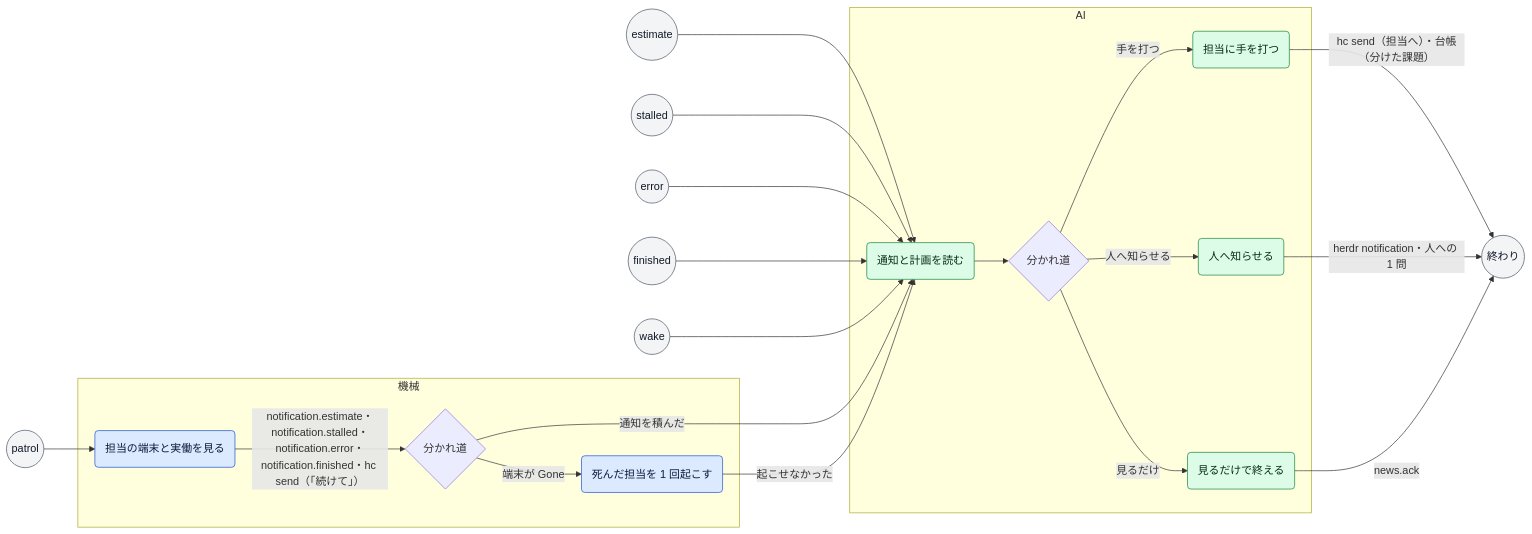
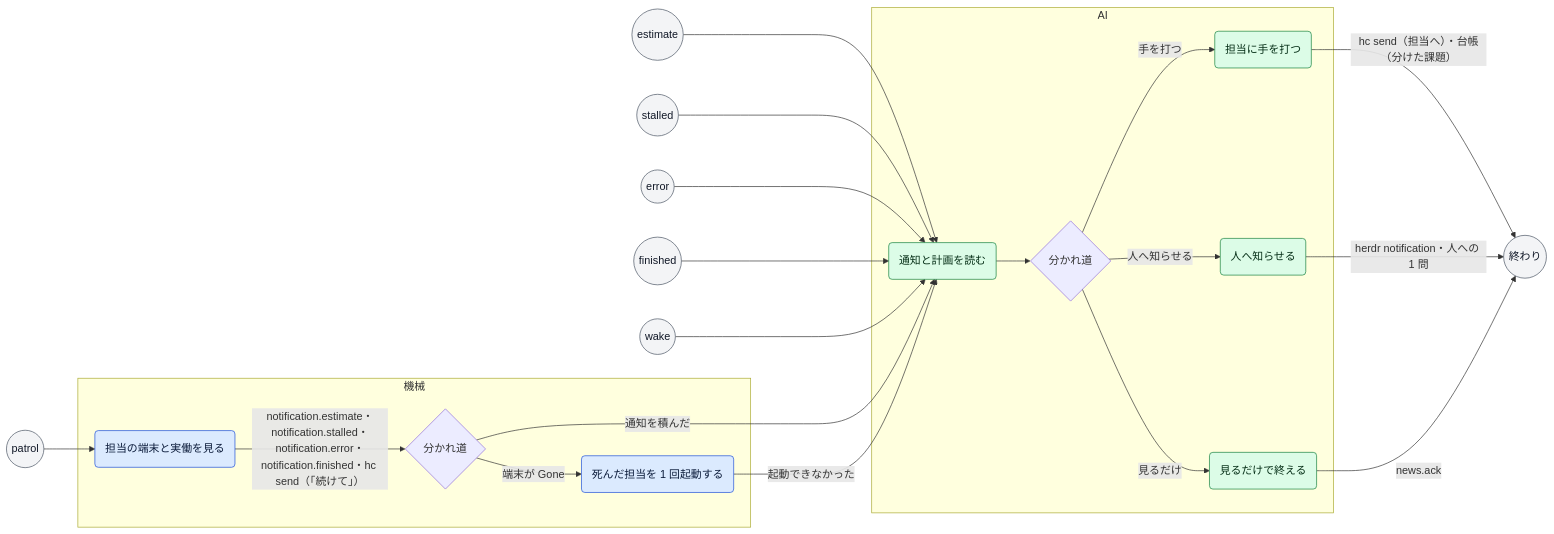
One commit to mitaku/andon changed the diagram in docs/process/watch.md. Above: the diagram before and after it, drawn with Mermaid. The commit also changed other lines of this file and 111 other files, not shown here.

````diff
--- a/docs/process/watch.md
+++ b/docs/process/watch.md
@@ -20,43 +20,43 @@
 ```mermaid
 flowchart LR
   classDef machine fill:#dbeafe,stroke:#1d4ed8,color:#0b1b3a
   classDef ai fill:#dcfce7,stroke:#15803d,color:#052e16
   classDef person fill:#fef3c7,stroke:#b45309,color:#3b1d02
   classDef event fill:#f3f4f6,stroke:#4b5563,color:#111827
   t_patrol(("patrol")):::event
   t_estimate(("estimate")):::event
   t_stalled(("stalled")):::event
   t_error(("error")):::event
   t_finished(("finished")):::event
   t_wake(("wake")):::event
   subgraph lane_machine["機械"]
     s_look("担当の端末と実働を見る"):::machine
     g_look{"分かれ道"}
-    s_resume("死んだ担当を 1 回起こす"):::machine
+    s_resume("死んだ担当を 1 回起動する"):::machine
   end
   subgraph lane_ai["AI"]
     s_read("通知と計画を読む"):::ai
     g_read{"分かれ道"}
     s_act("担当に手を打つ"):::ai
     s_tell("人へ知らせる"):::ai
     s_done("見るだけで終える"):::ai
   end
   t_patrol --> s_look
   t_estimate --> s_read
   t_stalled --> s_read
   t_error --> s_read
   t_finished --> s_read
   t_wake --> s_read
   s_look -->|"notification.estimate・notification.stalled・notification.error・notification.finished・hc send（「続けて」）"| g_look
   g_look -->|"端末が Gone"| s_resume
   g_look -->|"通知を積んだ"| s_read
-  s_resume -->|"起こせなかった"| s_read
+  s_resume -->|"起動できなかった"| s_read
   s_read --> g_read
   g_read -->|"手を打つ"| s_act
   g_read -->|"人へ知らせる"| s_tell
   g_read -->|"見るだけ"| s_done
   s_act -->|"hc send（担当へ）・台帳（分けた課題）"| fin
   s_tell -->|"herdr notification・人への 1 問"| fin
   s_done -->|"news.ack"| fin
   fin(("終わり")):::event
 ```
````
